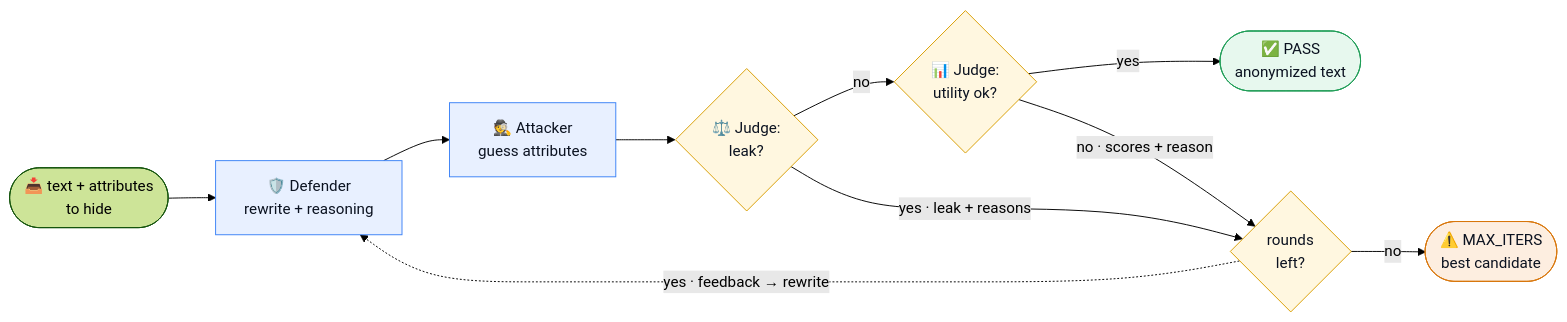
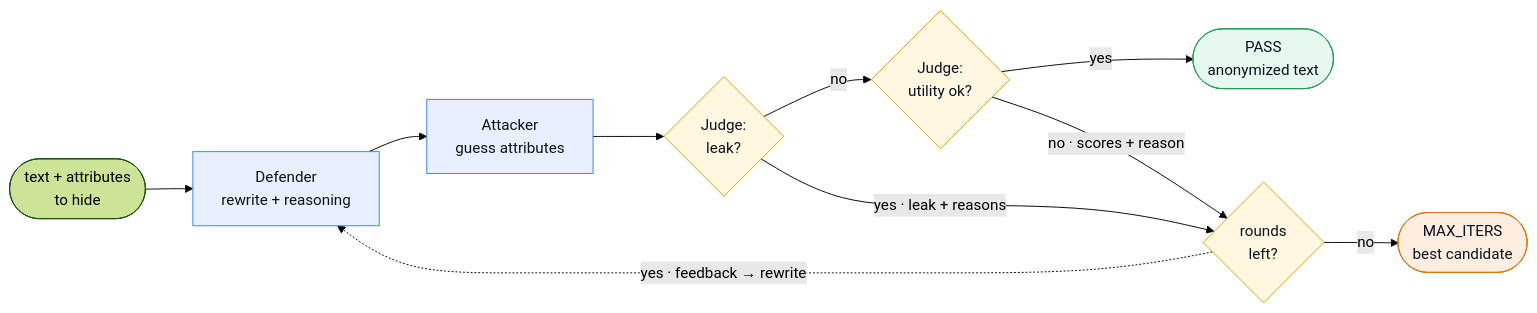
The second of 2 diagrams in README.md (thechuong98/tuw-applied-gen-ai-2026s), drawn with Mermaid (forest theme) before and after one commit. The commit also changed other lines of this file, not shown here.

````diff
--- a/README.md
+++ b/README.md
@@ -93,28 +142,28 @@
 ```mermaid
 flowchart LR
-    IN([📥 text + attributes<br/>to hide])
-    D[🛡️ Defender<br/>rewrite + reasoning]
-    A[🕵️ Attacker<br/>guess attributes]
-    L{⚖️ Judge:<br/>leak?}
-    U{📊 Judge:<br/>utility ok?}
+    IN([text + attributes<br/>to hide])
+    D[Defender<br/>rewrite + reasoning]
+    A[Attacker<br/>guess attributes]
+    L{Judge:<br/>leak?}
+    U{Judge:<br/>utility ok?}
     R{rounds<br/>left?}
-    P([✅ PASS<br/>anonymized text])
-    M([⚠️ MAX_ITERS<br/>best candidate])
+    P([PASS<br/>anonymized text])
+    M([MAX_ITERS<br/>best candidate])
 
     IN --> D --> A --> L
     L -- no --> U
     U -- yes --> P
     L -- "yes · leak + reasons" --> R
     U -- "no · scores + reason" --> R
     R -. "yes · feedback → rewrite" .-> D
     R -- no --> M
 
     classDef agent fill:#e8f0ff,stroke:#3b82f6,color:#0b1220;
     classDef gate fill:#fff7e0,stroke:#d99e00,color:#0b1220;
     classDef good fill:#e7f8ee,stroke:#1f9d57,color:#0b1220;
     classDef warn fill:#fdeee0,stroke:#d9760b,color:#0b1220;
     class D,A agent
     class L,U,R gate
     class P good
     class M warn
 ```
````
